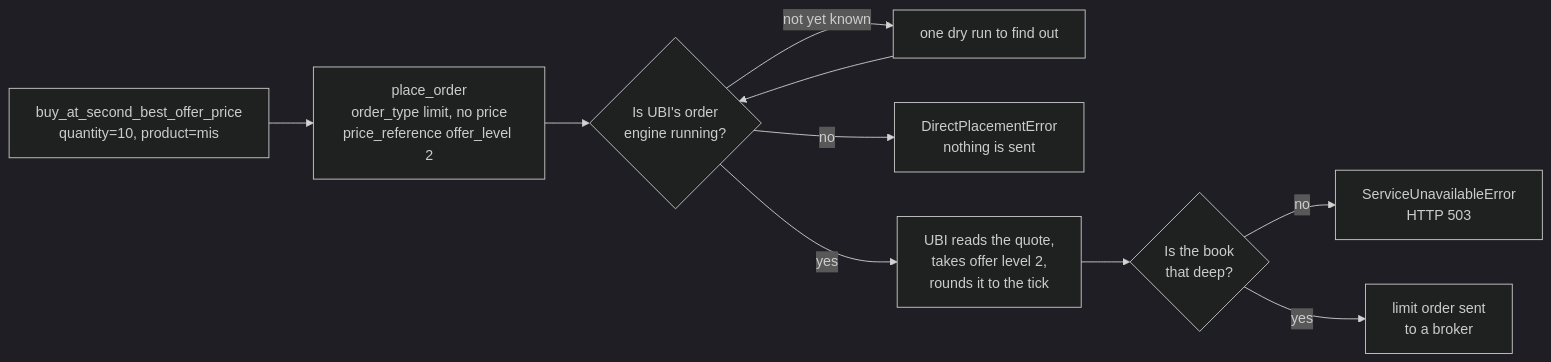
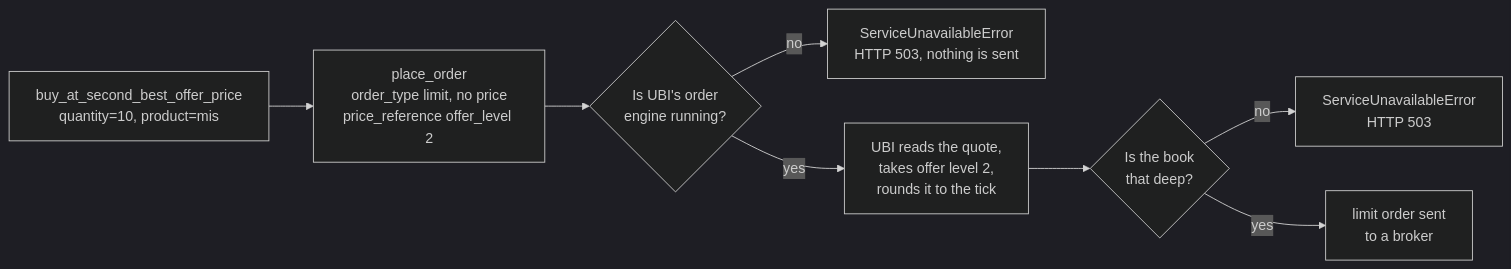
The diagram in docs/python-api/price-wrappers.md (pramodathani/tradingmachine), drawn with Mermaid (dark theme) before and after one commit. The commit also changed other lines of this file and 29 other files, not shown here.

````diff
--- a/docs/python-api/price-wrappers.md
+++ b/docs/python-api/price-wrappers.md
@@ -111,12 +111,10 @@
 ```mermaid
 flowchart LR
     A["buy_at_second_best_offer_price<br/>quantity=10, product=mis"] --> B["place_order<br/>order_type limit, no price<br/>price_reference offer_level 2"]
     B --> C{"Is UBI's order<br/>engine running?"}
-    C -- "not yet known" --> D["one dry run to find out"]
-    D --> C
-    C -- "no" --> E["DirectPlacementError<br/>nothing is sent"]
+    C -- "no" --> E["ServiceUnavailableError<br/>HTTP 503, nothing is sent"]
     C -- "yes" --> F["UBI reads the quote,<br/>takes offer level 2,<br/>rounds it to the tick"]
     F --> G{"Is the book<br/>that deep?"}
     G -- "no" --> H["ServiceUnavailableError<br/>HTTP 503"]
     G -- "yes" --> I["limit order sent<br/>to a broker"]
 ```
````
